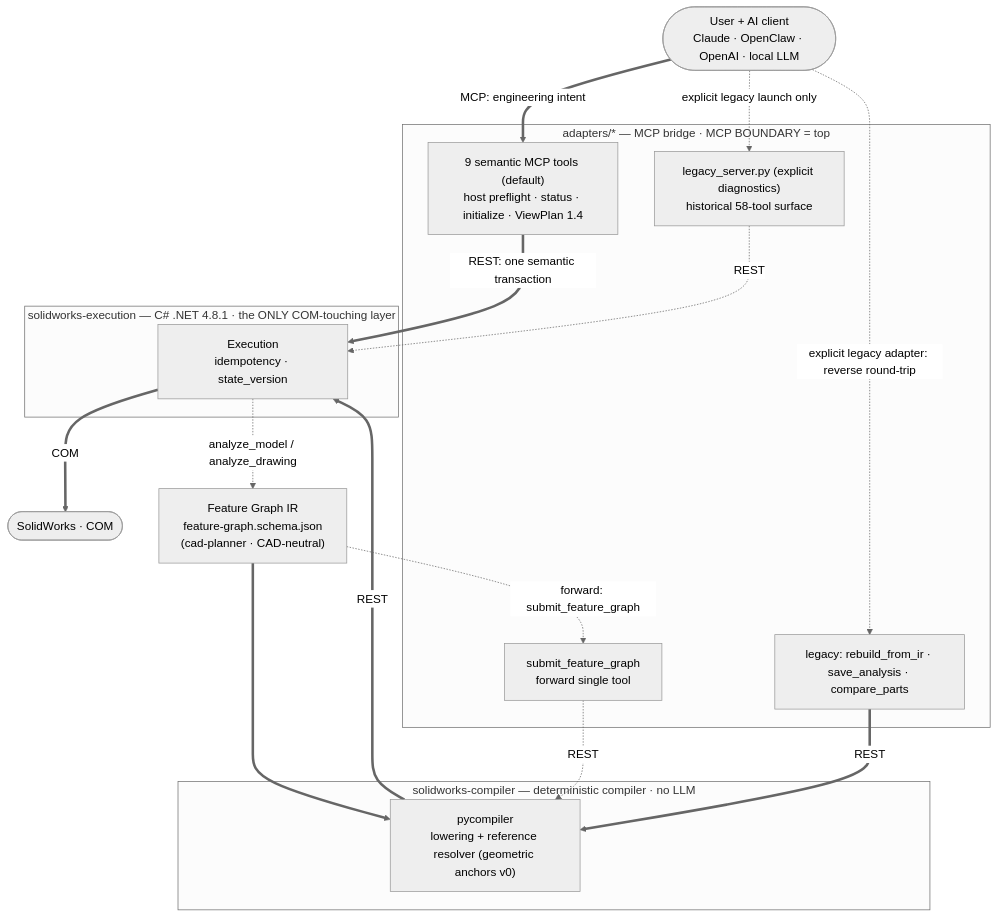
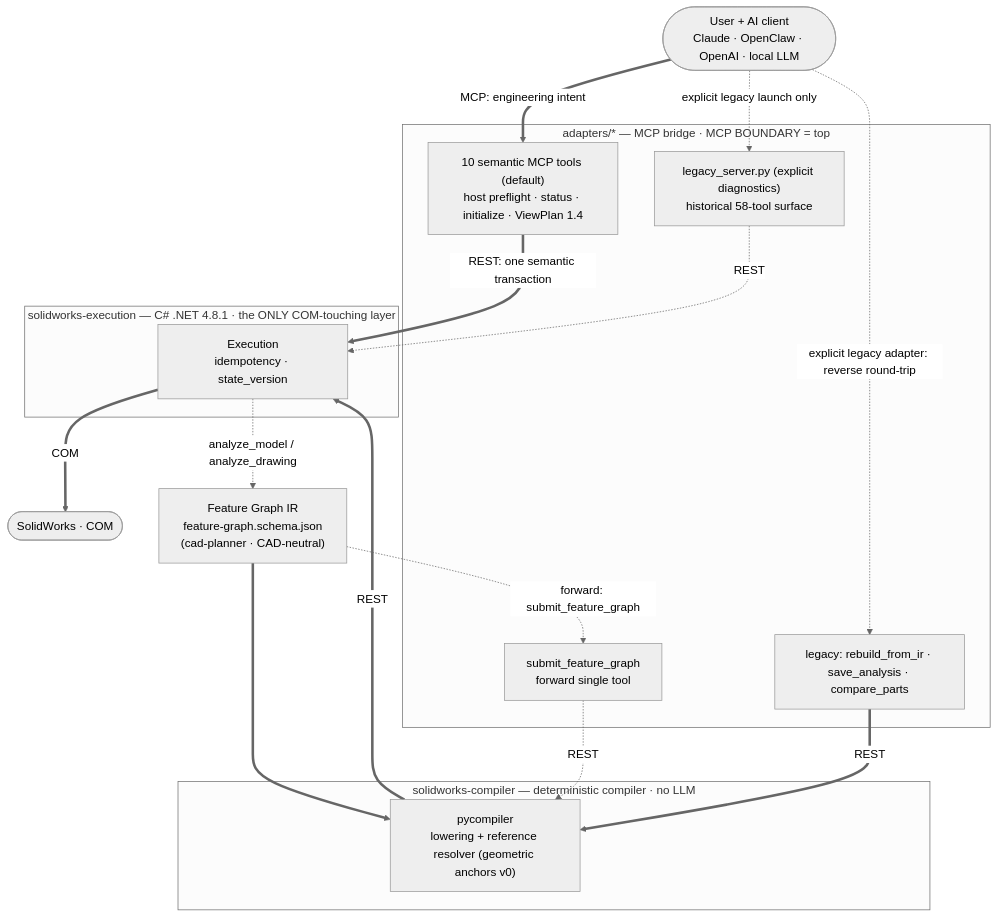
Before and after one commit to zarcherlot/q3ds-solidworks-mcp: the diagram in README.md, drawn with Mermaid (neutral theme). The commit also changed other lines of this file and 18 other files, not shown here.

````diff
--- a/README.md
+++ b/README.md
@@ -60,41 +60,41 @@
 ```mermaid
 flowchart TD
     U(["User + AI client<br/>Claude · OpenClaw · OpenAI · local LLM"])
 
     subgraph ADAPT["adapters/* — MCP bridge · MCP BOUNDARY = top"]
-        LOW["9 semantic MCP tools (default)<br/>host preflight · status · initialize · ViewPlan 1.4"]
+        LOW["10 semantic MCP tools (default)<br/>host preflight · status · initialize · ViewPlan 1.4"]
         LEG["legacy_server.py (explicit diagnostics)<br/>historical 58-tool surface"]
         RIR["legacy: rebuild_from_ir · save_analysis · compare_parts"]
         SFG["submit_feature_graph<br/>forward single tool"]
     end
 
     IR["Feature Graph IR<br/>feature-graph.schema.json<br/>(cad-planner · CAD-neutral)"]
 
     subgraph COMP["solidworks-compiler — deterministic compiler · no LLM"]
         CO["pycompiler<br/>lowering + reference resolver (geometric anchors v0)"]
     end
 
     subgraph EXE["solidworks-execution — C# .NET 4.8.1 · the ONLY COM-touching layer"]
         EX["Execution<br/>idempotency · state_version"]
     end
 
     SW(["SolidWorks · COM"])
 
     %% Working today (thick)
     U == "MCP: engineering intent" ==> LOW
     LOW == "REST: one semantic transaction" ==> EX
     U -. "explicit legacy launch only" .-> LEG
     LEG -. "REST" .-> EX
     U -. "explicit legacy adapter: reverse round-trip" .-> RIR
     IR ==> CO
     RIR == "REST" ==> CO
     CO == "REST" ==> EX
     EX == "COM" ==> SW
 
     %% Reverse discovery step: read an existing part → propose an IR
     EX -. "analyze_model / analyze_drawing" .-> IR
 
     %% Planned forward collapse (dashed)
     IR -. "forward: submit_feature_graph" .-> SFG
     SFG -. "REST" .-> CO
 ```
````
